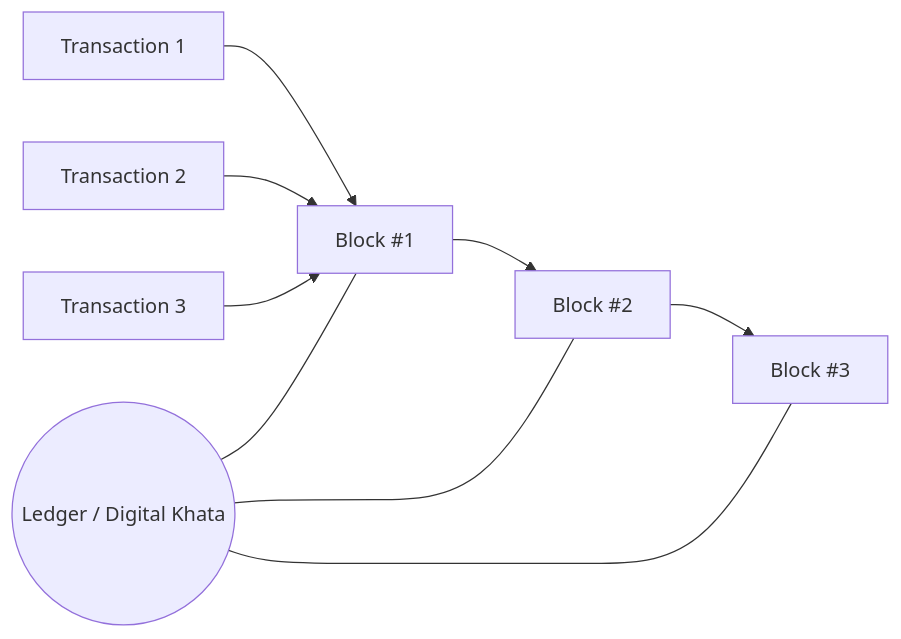
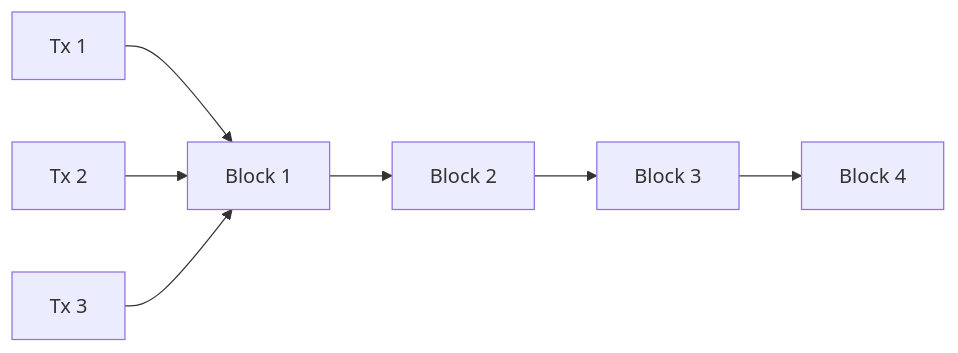
One commit to Taibur-Rahaman/blockmed-v1.2 changed the third of 11 diagrams in docs/BLOCKMED_BLOCKCHAIN_SUPER_BASIC_BN_EN.md. Above: the diagram before and after it, drawn with Mermaid. The commit also changed other lines of this file and 3 other files, not shown here.

Commit message:
docs: BN+EN lecturer doc with diagrams, add HOW_THE_PROJECT_WORKS, update README

````diff
--- a/docs/BLOCKMED_BLOCKCHAIN_SUPER_BASIC_BN_EN.md
+++ b/docs/BLOCKMED_BLOCKCHAIN_SUPER_BASIC_BN_EN.md
@@ -75,13 +117,9 @@
 ```mermaid
 flowchart LR
-  T1[Transaction 1] --> B1[Block #1]
-  T2[Transaction 2] --> B1
-  T3[Transaction 3] --> B1
-
-  B1 --> B2[Block #2]
-  B2 --> B3[Block #3]
-
-  note1((Ledger / Digital Khata)) --- B1
-  note1 --- B2
-  note1 --- B3
+  T1[Tx 1] --> B1[Block 1]
+  T2[Tx 2] --> B1
+  T3[Tx 3] --> B1
+  B1 --> B2[Block 2]
+  B2 --> B3[Block 3]
+  B3 --> B4[Block 4]
 ```
````
